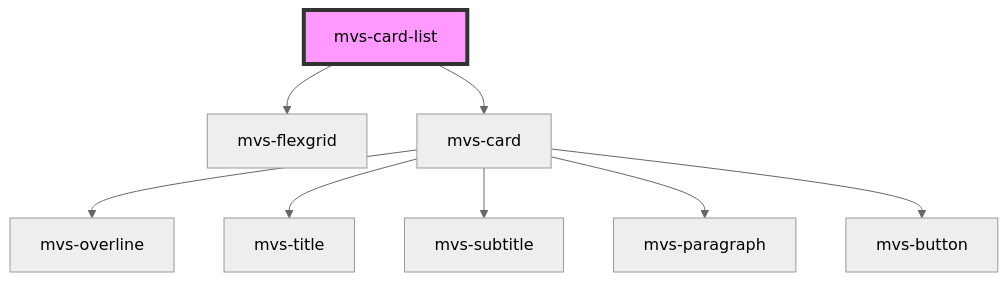
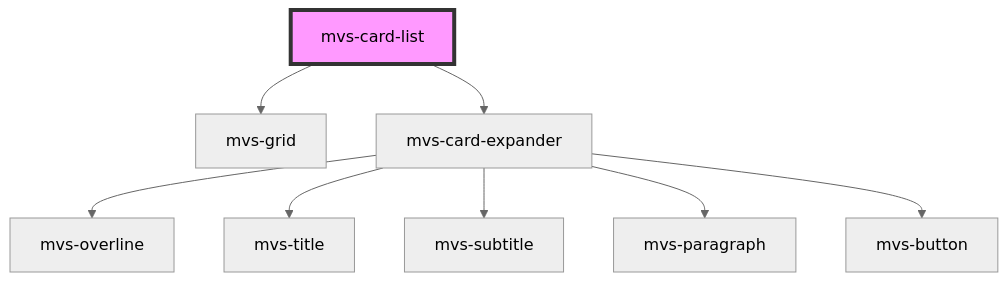
One commit to rafaela-vairo/mvs-design-system changed the diagram in src/components/sections/mvs-card-list/readme.md. Above: the diagram before and after it, drawn with Mermaid (neutral theme). The commit also changed other lines of this file and 20 other files, not shown here.

````diff
--- a/src/components/sections/mvs-card-list/readme.md
+++ b/src/components/sections/mvs-card-list/readme.md
@@ -23,11 +23,11 @@
 ```mermaid
 graph TD;
-  mvs-card-list --> mvs-flexgrid
-  mvs-card-list --> mvs-card
-  mvs-card --> mvs-overline
-  mvs-card --> mvs-title
-  mvs-card --> mvs-subtitle
-  mvs-card --> mvs-paragraph
-  mvs-card --> mvs-button
+  mvs-card-list --> mvs-grid
+  mvs-card-list --> mvs-card-expander
+  mvs-card-expander --> mvs-overline
+  mvs-card-expander --> mvs-title
+  mvs-card-expander --> mvs-subtitle
+  mvs-card-expander --> mvs-paragraph
+  mvs-card-expander --> mvs-button
   style mvs-card-list fill:#f9f,stroke:#333,stroke-width:4px
 ```
````
